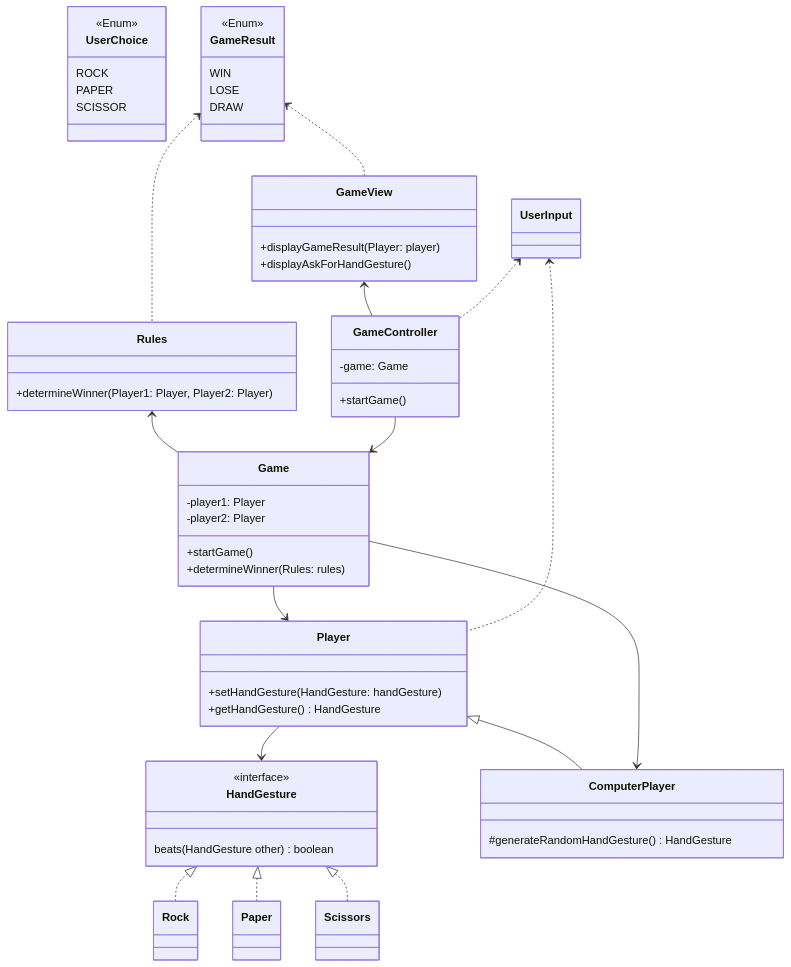
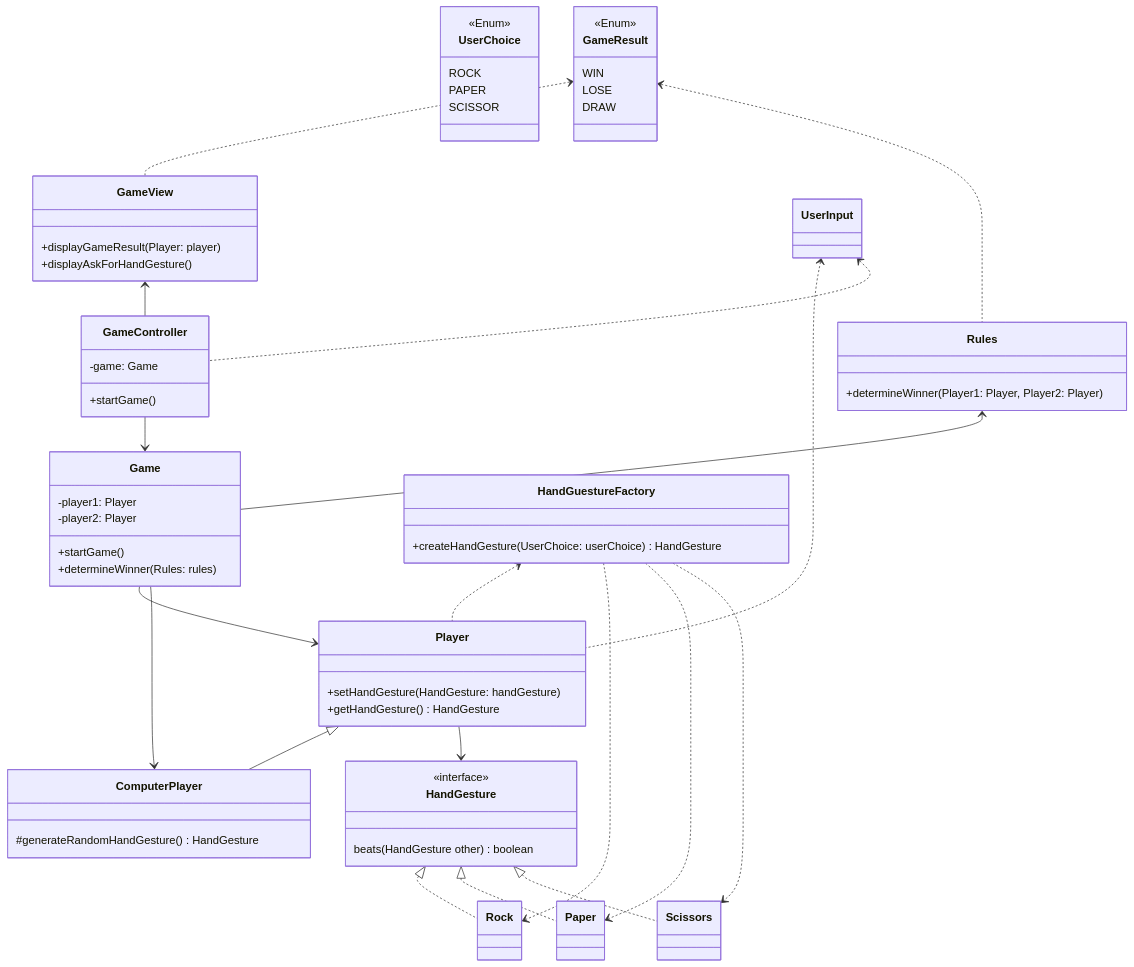
One commit to Witten2002/1dv609-Assignment1-part2 changed the diagram in Design.md. Above: the diagram before and after it, drawn with Mermaid. The commit also changed 14 other files, not shown here.

Commit message:
HandGestureFactory With Rock RED

````diff
--- a/Design.md
+++ b/Design.md
@@ -82,4 +82,13 @@
 
 GameResult <.. GameView
 GameResult <.. Rules
+
+class HandGuestureFactory {
+  +createHandGesture(UserChoice: userChoice) HandGesture
+}
+
+HandGuestureFactory <.. Player
+HandGuestureFactory ..> Rock
+HandGuestureFactory ..> Paper
+HandGuestureFactory ..> Scissors
 ```
````
